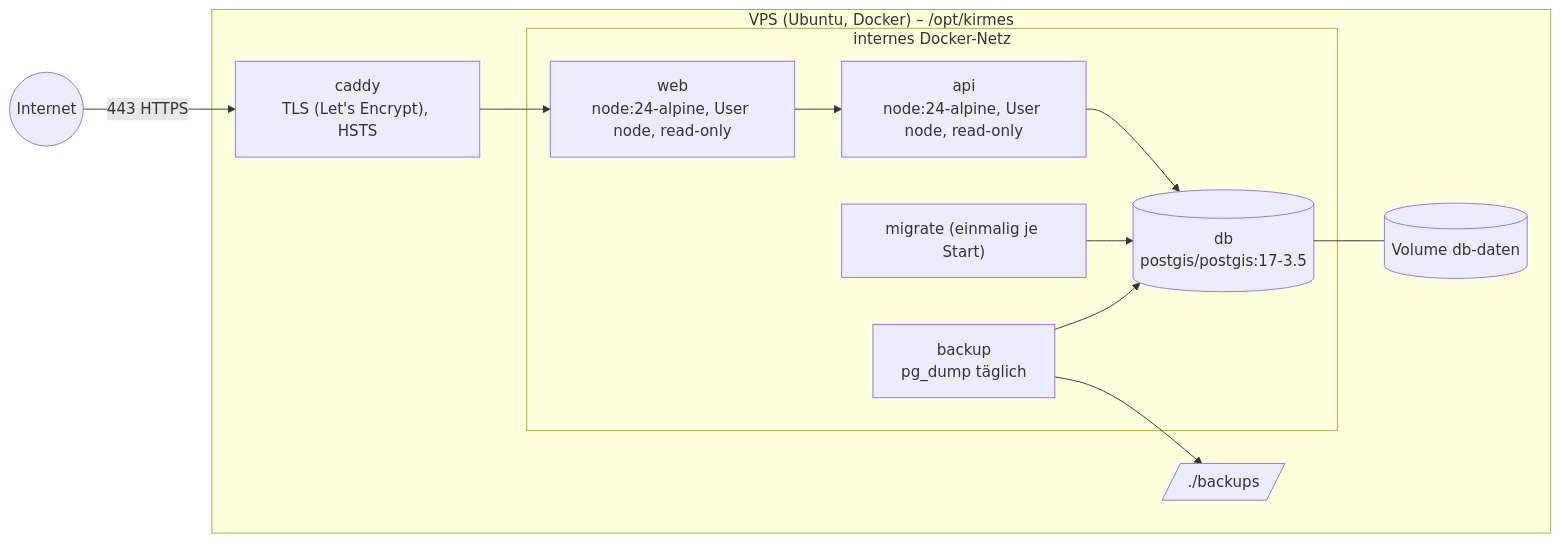
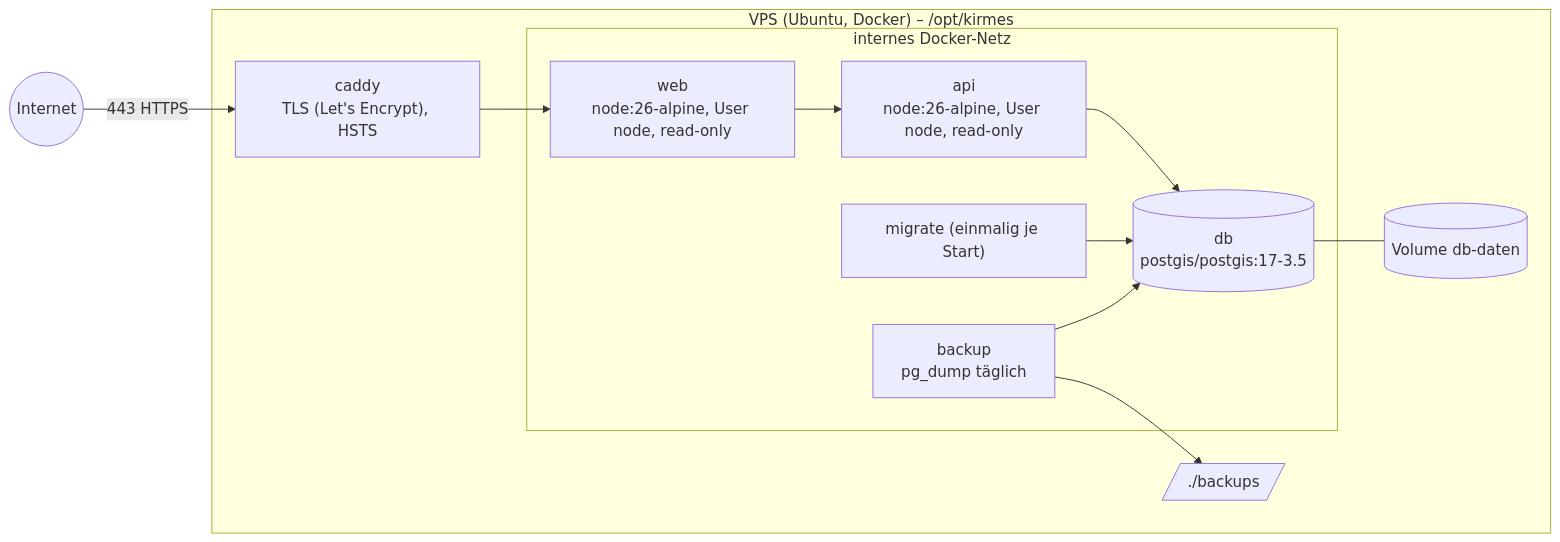
Before and after one commit to dschaell/kirmes-thueringen: the diagram in docs/architecture/07-verteilungssicht.md, drawn with Mermaid. The commit also changed other lines of this file and 22 other files, not shown here.

````diff
--- a/docs/architecture/07-verteilungssicht.md
+++ b/docs/architecture/07-verteilungssicht.md
@@ -11,21 +19,21 @@
 ```mermaid
 flowchart LR
   Internet((Internet)) -->|443 HTTPS| C
   subgraph Host["VPS (Ubuntu, Docker) – /opt/kirmes"]
     C["caddy<br/>TLS (Let's Encrypt), HSTS"]
     subgraph netz["internes Docker-Netz"]
-      W["web<br/>node:24-alpine, User node, read-only"]
-      A["api<br/>node:24-alpine, User node, read-only"]
+      W["web<br/>node:26-alpine, User node, read-only"]
+      A["api<br/>node:26-alpine, User node, read-only"]
       M["migrate (einmalig je Start)"]
       P[("db<br/>postgis/postgis:17-3.5")]
       B["backup<br/>pg_dump täglich"]
     end
     V[(Volume db-daten)]
     D[/./backups/]
   end
   C --> W --> A --> P
   M --> P
   B --> P
   P --- V
   B --> D
 ```
````
